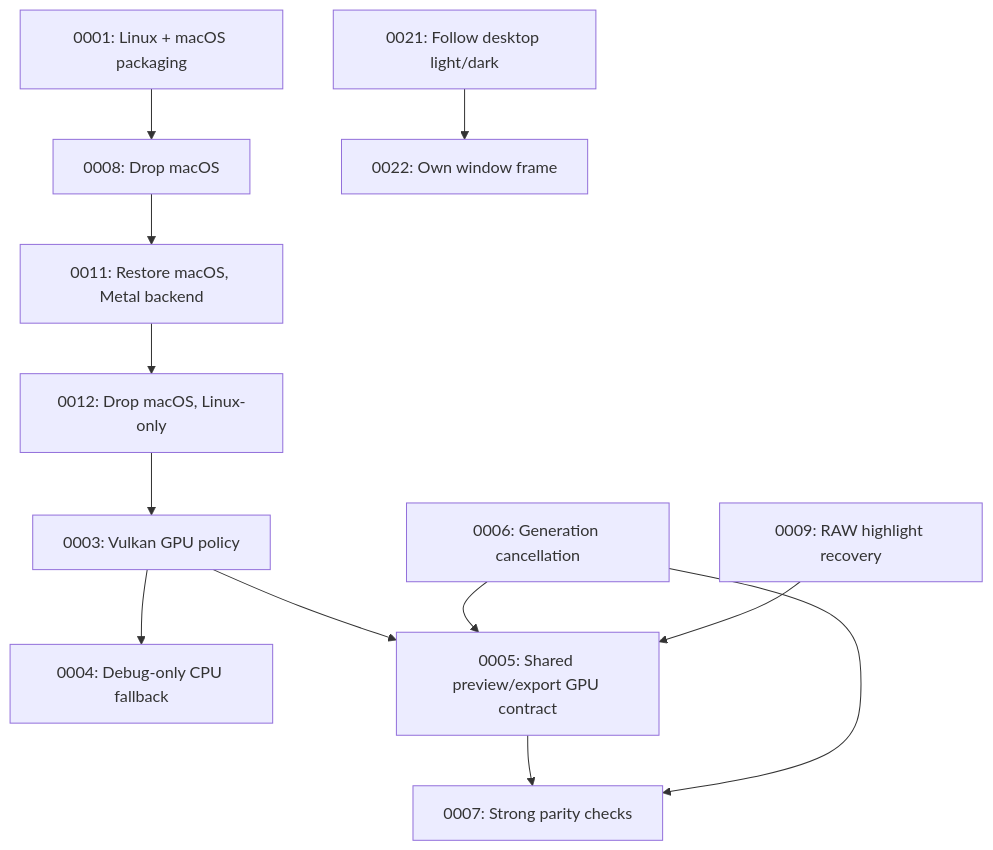
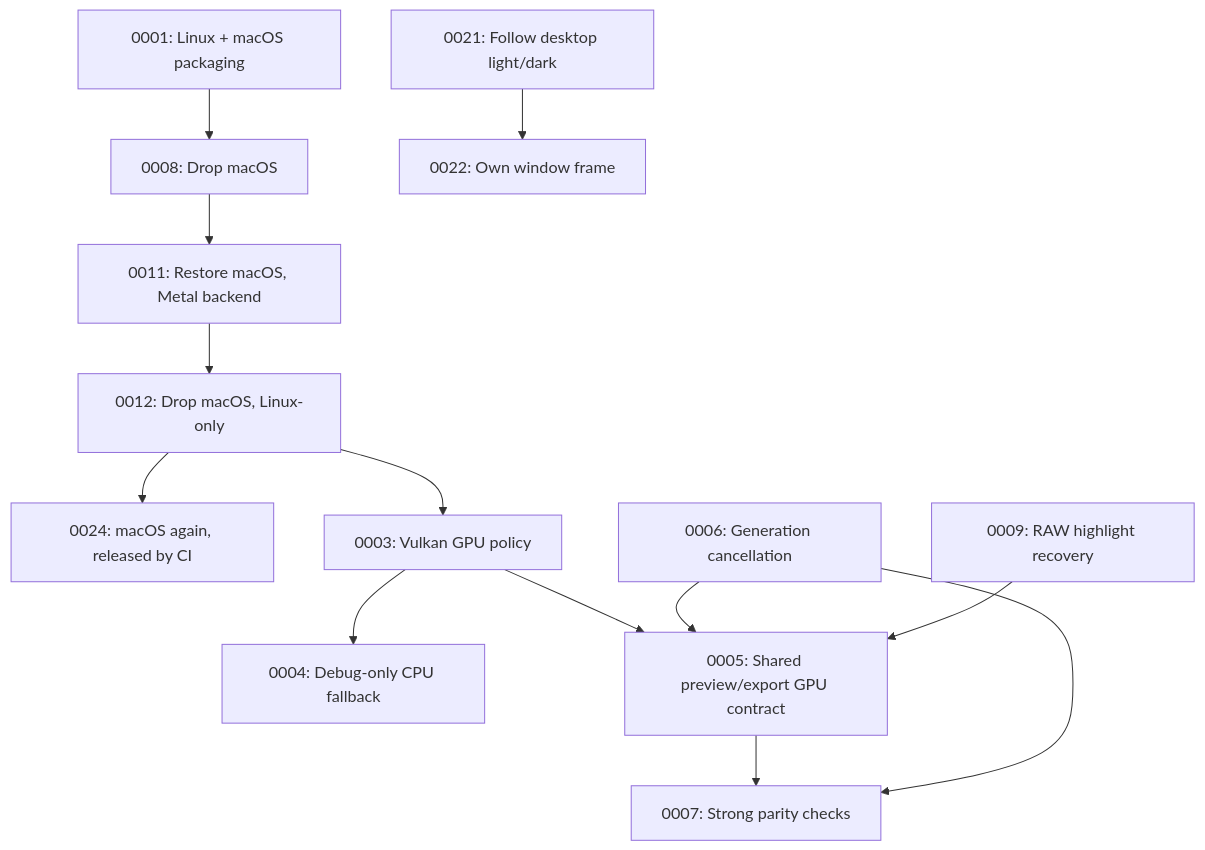
The diagram in docs/adr/README.md (divanvisagie/Photograph), drawn with Mermaid before and after one commit. The commit also changed other lines of this file and 10 other files, not shown here.

````diff
--- a/docs/adr/README.md
+++ b/docs/adr/README.md
@@ -67,14 +68,15 @@
 ```mermaid
 flowchart TD
     P1[0001: Linux + macOS packaging] --> P8[0008: Drop macOS]
     P8 --> P11[0011: Restore macOS, Metal backend]
     P11 --> P12[0012: Drop macOS, Linux-only]
+    P12 --> P24[0024: macOS again, released by CI]
     P12 --> A[0003: Vulkan GPU policy]
     A --> B[0004: Debug-only CPU fallback]
     A --> C[0005: Shared preview/export GPU contract]
     C --> E[0007: Strong parity checks]
     D[0006: Generation cancellation] --> C
     D --> E
     F[0009: RAW highlight recovery] --> C
     T[0021: Follow desktop light/dark] --> W[0022: Own window frame]
 ```
````
